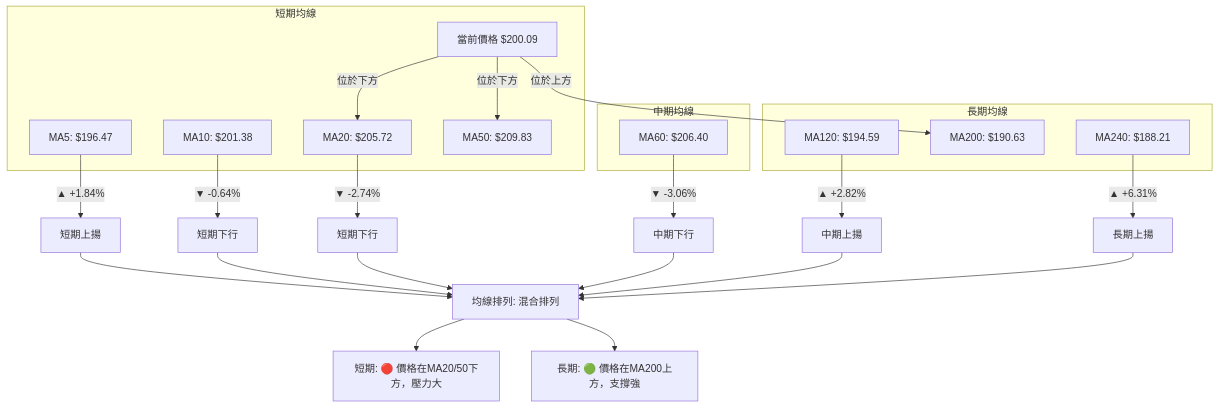
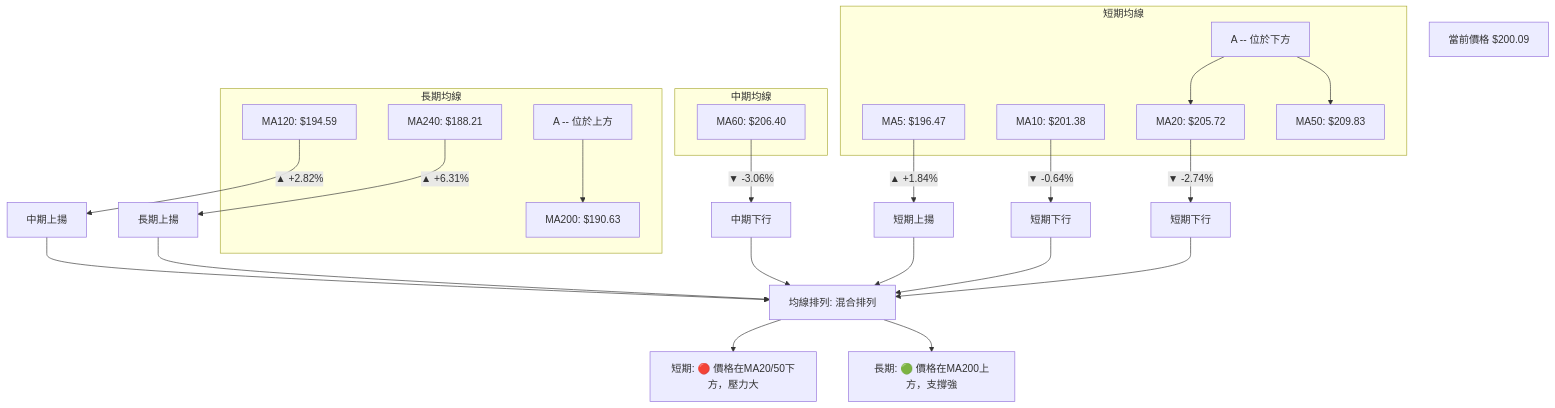
Before and after one commit to yennanliu/finance_data: the sixth of 11 diagrams in ai_gen_report/stock/nvda/technical_analysis_2026-07-01_gemini.md, drawn with Mermaid. The commit also changed other lines of this file and 2258 other files, not shown here.

First line of the commit message:
chore: backfill Mermaid syntax repair across existing reports

````diff
--- a/ai_gen_report/stock/nvda/technical_analysis_2026-07-01_gemini.md
+++ b/ai_gen_report/stock/nvda/technical_analysis_2026-07-01_gemini.md
@@ -451,36 +451,36 @@
 ```mermaid
 graph TD
-    A[當前價格 $200.09]
+    A["當前價格 $200.09"]
 
     subgraph 短期均線
         MA5["MA5: $196.47"]
         MA10["MA10: $201.38"]
         MA20["MA20: $205.72"]
-        A -- 位於下方 --> MA20
-        A -- 位於下方 --> MA50
+        nb1["A -- 位於下方"] --> MA20
+        nb1["A -- 位於下方"] --> MA50
     end
 
     subgraph 中期均線
         MA50["MA50: $209.83"]
         MA60["MA60: $206.40"]
     end
 
     subgraph 長期均線
         MA120["MA120: $194.59"]
         MA200["MA200: $190.63"]
         MA240["MA240: $188.21"]
-        A -- 位於上方 --> MA200
+        nb2["A -- 位於上方"] --> MA200
     end
 
-    MA5 -- ▲ +1.84% --> A_MA5[短期上揚]
-    MA10 -- ▼ -0.64% --> A_MA10[短期下行]
-    MA20 -- ▼ -2.74% --> A_MA20[短期下行]
-    MA60 -- ▼ -3.06% --> A_MA60[中期下行]
-    MA120 -- ▲ +2.82% --> A_MA120[中期上揚]
-    MA240 -- ▲ +6.31% --> A_MA240[長期上揚]
+    MA5 -- ▲ +1.84% --> A_MA5["短期上揚"]
+    MA10 -- ▼ -0.64% --> A_MA10["短期下行"]
+    MA20 -- ▼ -2.74% --> A_MA20["短期下行"]
+    MA60 -- ▼ -3.06% --> A_MA60["中期下行"]
+    MA120 -- ▲ +2.82% --> A_MA120["中期上揚"]
+    MA240 -- ▲ +6.31% --> A_MA240["長期上揚"]
 
-    A_MA5 & A_MA10 & A_MA20 & A_MA60 & A_MA120 & A_MA240 --> MA_ALIGNMENT[均線排列: 混合排列];
+    A_MA5 & A_MA10 & A_MA20 & A_MA60 & A_MA120 & A_MA240 --> MA_ALIGNMENT["均線排列: 混合排列"];
 
-    MA_ALIGNMENT --> SHORT_TERM_VIEW[短期: 🔴 價格在MA20/50下方，壓力大];
-    MA_ALIGNMENT --> LONG_TERM_VIEW[長期: 🟢 價格在MA200上方，支撐強];
+    MA_ALIGNMENT --> SHORT_TERM_VIEW["短期: 🔴 價格在MA20/50下方，壓力大"];
+    MA_ALIGNMENT --> LONG_TERM_VIEW["長期: 🟢 價格在MA200上方，支撐強"];
 ```
````
